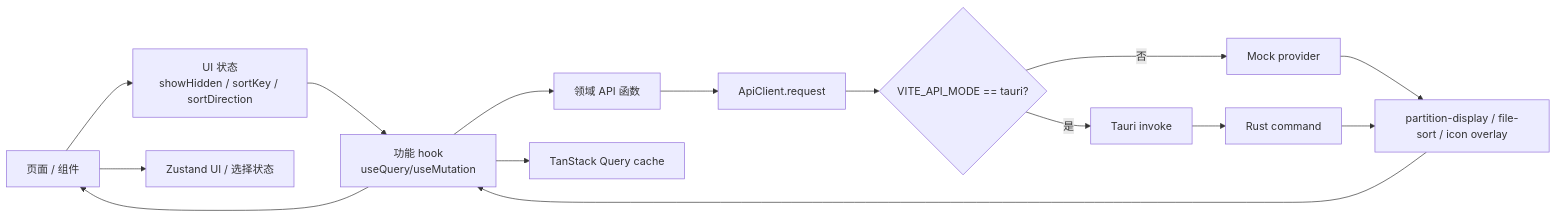
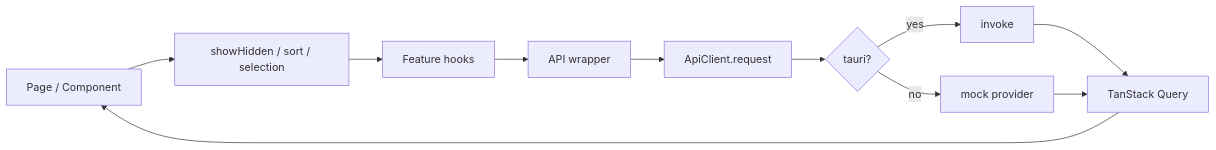
Before and after one commit to lQ-A-Ql/meow-detective: the fourth of 14 diagrams in docs/model-architecture-algorithm-diagrams.md, drawn with Mermaid. The commit also changed other lines of this file and 46 other files, not shown here.

````diff
--- a/docs/model-architecture-algorithm-diagrams.md
+++ b/docs/model-architecture-algorithm-diagrams.md
@@ -210,29 +122,19 @@
 ```mermaid
 flowchart LR
-  Page["页面 / 组件"]
-  Controls["UI 状态<br/>showHidden / sortKey / sortDirection"]
-  Hook["功能 hook<br/>useQuery/useMutation"]
-  ApiFn["领域 API 函数"]
-  ApiClient["ApiClient.request"]
-  Mode{"VITE_API_MODE == tauri?"}
-  Invoke["Tauri invoke"]
-  Mock["Mock provider"]
-  QueryCache["TanStack Query cache"]
-  Formatter["partition-display / file-sort / icon overlay"]
-  Store["Zustand UI / 选择状态"]
+  Page["Page / Component"]
+  Control["showHidden / sort / selection"]
+  Hook["Feature hooks"]
+  ApiFn["API wrapper"]
+  Client["ApiClient.request"]
+  Mode{"tauri?"}
+  Invoke["invoke"]
+  Mock["mock provider"]
+  Cache["TanStack Query"]
 
-  Page --> Controls
-  Page --> Store
-  Controls --> Hook
-  Hook --> ApiFn
-  Hook --> QueryCache
-  ApiFn --> ApiClient
-  ApiClient --> Mode
-  Mode -->|是| Invoke
-  Mode -->|否| Mock
-  Invoke --> Backend["Rust command"]
-  Mock --> Formatter
-  Backend --> Formatter
-  Formatter --> Hook
-  Hook --> Page
+  Page --> Control --> Hook --> ApiFn --> Client --> Mode
+  Mode -->|yes| Invoke
+  Mode -->|no| Mock
+  Invoke --> Cache
+  Mock --> Cache
+  Cache --> Page
 ```
````
